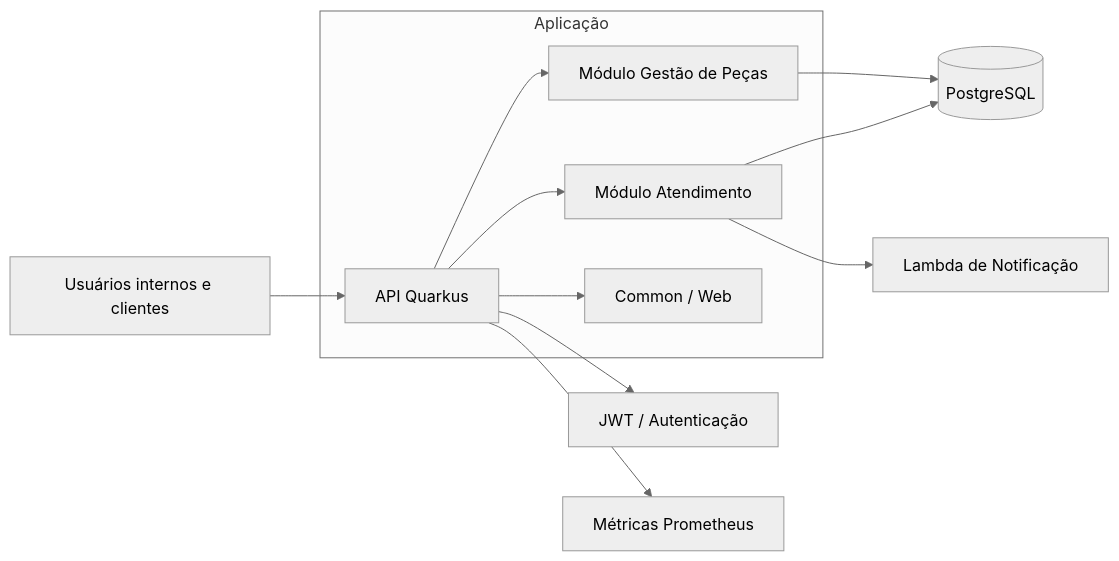
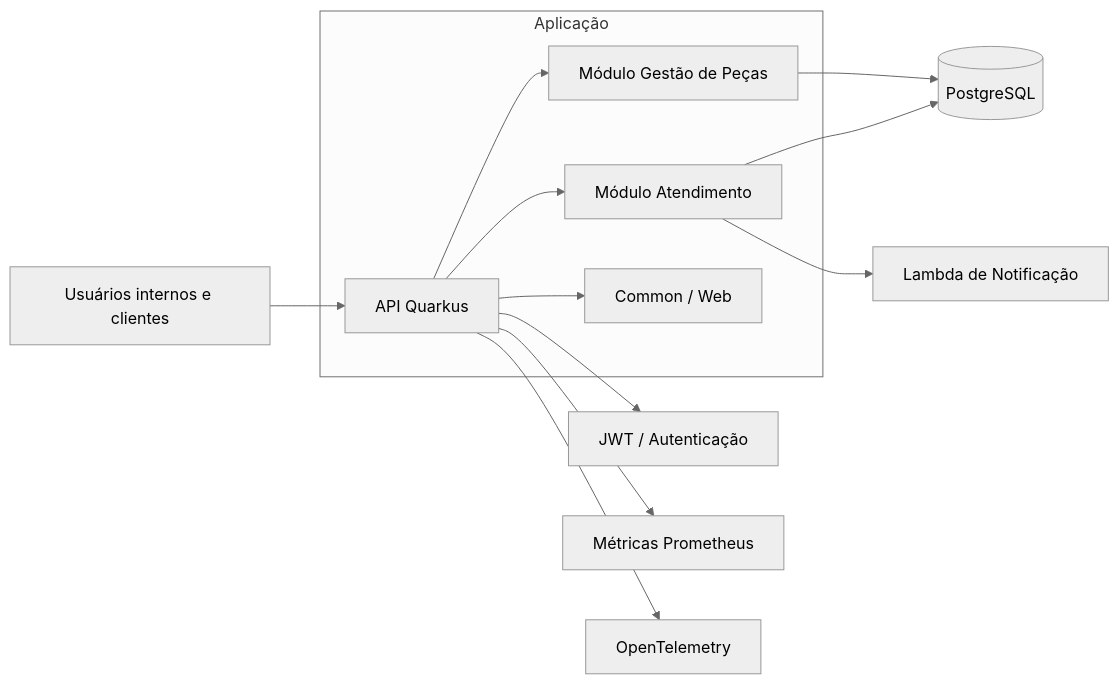
Before and after one commit to oficina-soat/oficina-app: the diagram in README.md, drawn with Mermaid (neutral theme). The commit also changed other lines of this file and 16 other files, not shown here.

````diff
--- a/README.md
+++ b/README.md
@@ -73,16 +74,17 @@
 ```mermaid
 flowchart LR
     U[Usuários internos e clientes] --> API[API Quarkus]
 
     subgraph APP[Aplicação]
         API --> ATD[Módulo Atendimento]
         API --> GEST[Módulo Gestão de Peças]
         API --> COM[Common / Web]
     end
 
     ATD --> DB[(PostgreSQL)]
     GEST --> DB
     ATD --> NOTIF[Lambda de Notificação]
     API --> JWT[JWT / Autenticação]
     API --> METRICS[Métricas Prometheus]
+    API --> TRACE[OpenTelemetry]
 ```
````
